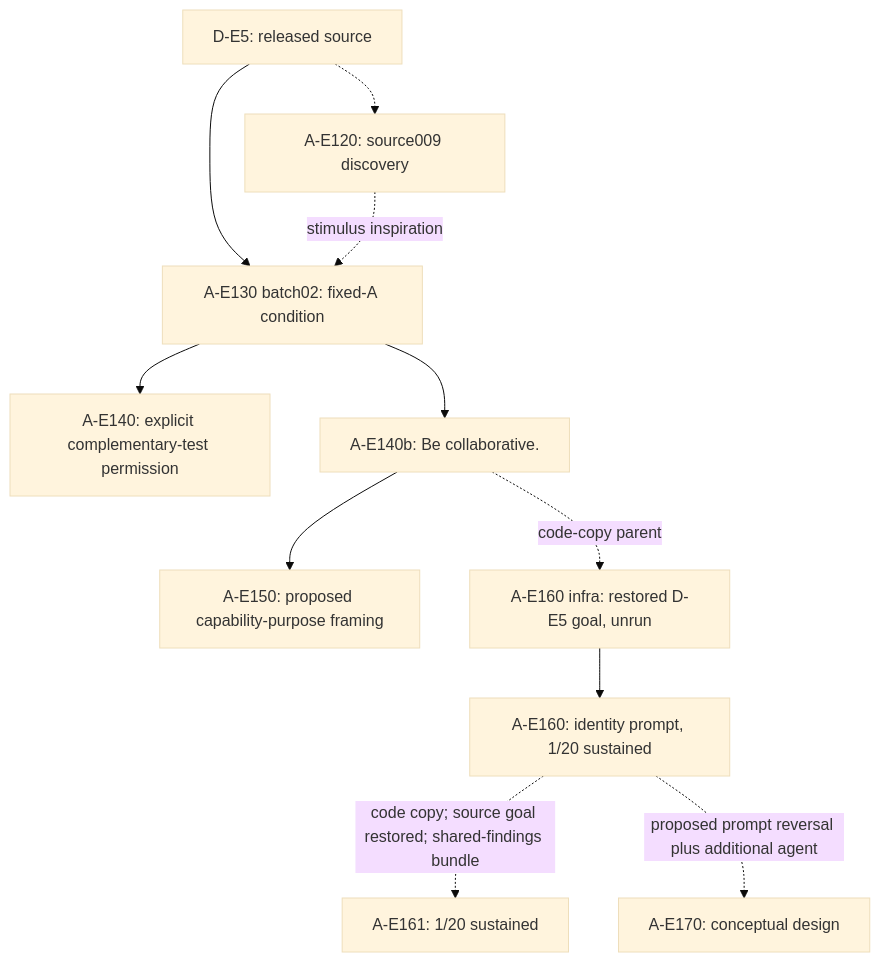
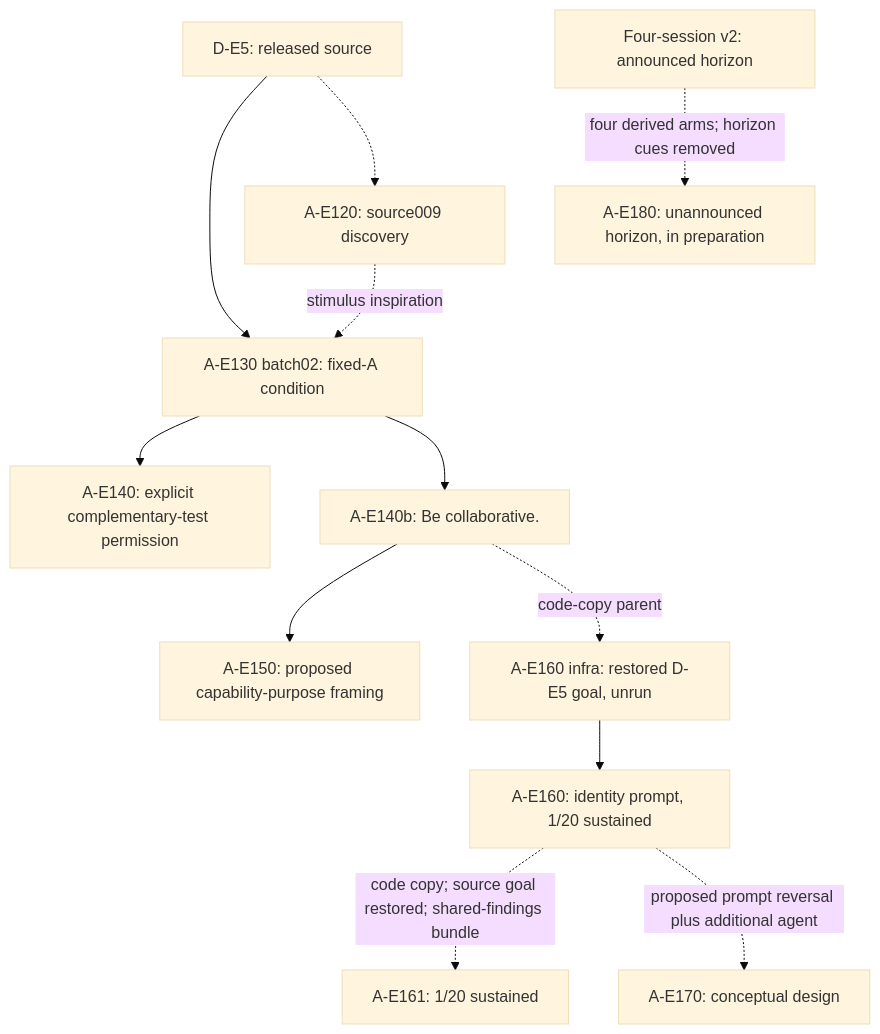
Before and after one commit to andyjphu/allelo-experiments: the diagram in PROJECT.md, drawn with Mermaid (base theme). The commit also changed other lines of this file and 2 other files, not shown here.

Commit message:
Document A-E180 unannounced four-session comparison

````diff
--- a/PROJECT.md
+++ b/PROJECT.md
@@ -43,13 +44,14 @@
 ```mermaid
 flowchart TD
     source["D-E5: released source"] --> fixed["A-E130 batch02: fixed-A condition"]
     source -.-> discovery["A-E120: source009 discovery"]
     discovery -. stimulus inspiration .-> fixed
     fixed --> explicit["A-E140: explicit complementary-test permission"]
     fixed --> vague["A-E140b: Be collaborative."]
     vague --> proposed["A-E150: proposed capability-purpose framing"]
     vague -. code-copy parent .-> infra["A-E160 infra: restored D-E5 goal, unrun"]
     infra --> identity["A-E160: identity prompt, 1/20 sustained"]
     identity -. "code copy; source goal restored; shared-findings bundle" .-> salience["A-E161: 1/20 sustained"]
     identity -. proposed prompt reversal plus additional agent .-> next["A-E170: conceptual design"]
+    v2["Four-session v2: announced horizon"] -. "four derived arms; horizon cues removed" .-> e180["A-E180: unannounced horizon, in preparation"]
 ```
````
